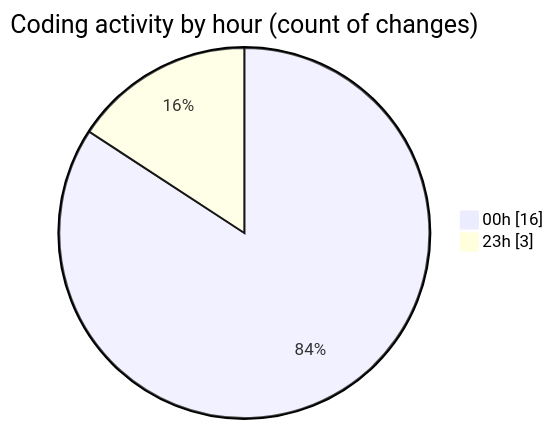
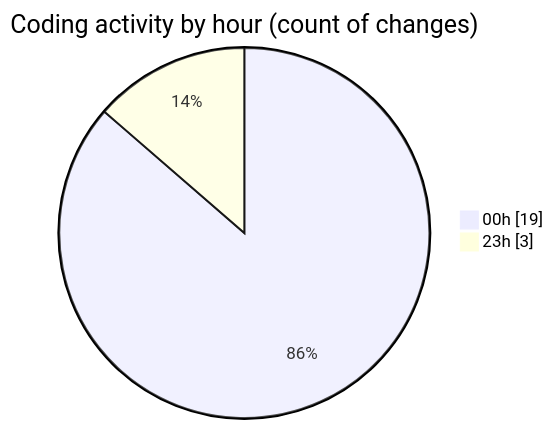
Before and after one commit to lephambinh05/code-tracking: the second of 2 diagrams in 2025-07-28/quanlyrapchieuphim-1/README.md, drawn with Mermaid. The commit also changed other lines of this file and 1 other file, not shown here.

````diff
--- a/2025-07-28/quanlyrapchieuphim-1/README.md
+++ b/2025-07-28/quanlyrapchieuphim-1/README.md
@@ -40,6 +40,6 @@
 ```mermaid
 pie showData
 title Coding activity by hour (count of changes)
-"00h" : 16
+"00h" : 19
 "23h" : 3
 ```
````
